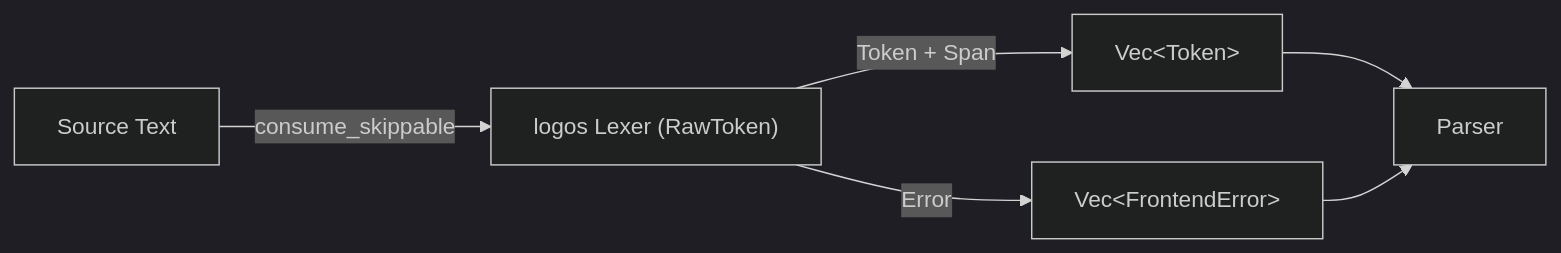
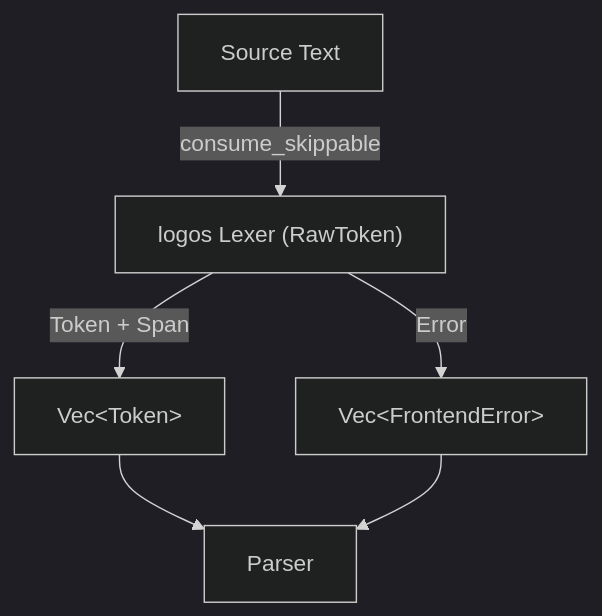
The diagram in docs/plans/source-code-commentary/drafts/2-1-lexer-draft.md (dolphilia/reml), drawn with Mermaid (dark theme) before and after one commit. The commit also changed 16 other files, not shown here.

````diff
--- a/docs/plans/source-code-commentary/drafts/2-1-lexer-draft.md
+++ b/docs/plans/source-code-commentary/drafts/2-1-lexer-draft.md
@@ -13,8 +13,8 @@
 ```mermaid
-flowchart LR
+flowchart TD
     Source["Source Text"] -->|consume_skippable| Lexer["logos Lexer (RawToken)"]
     Lexer -->|Token + Span| Tokens["Vec&lt;Token&gt;"]
     Lexer -->|Error| Errors["Vec&lt;FrontendError&gt;"]
     Tokens --> Parser["Parser"]
     Errors --> Parser
 ```
````
